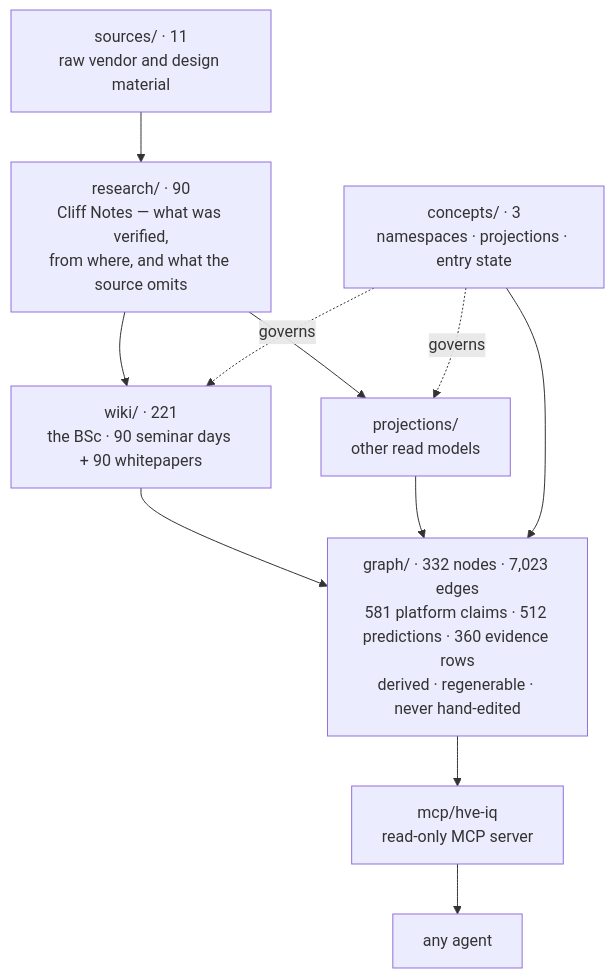
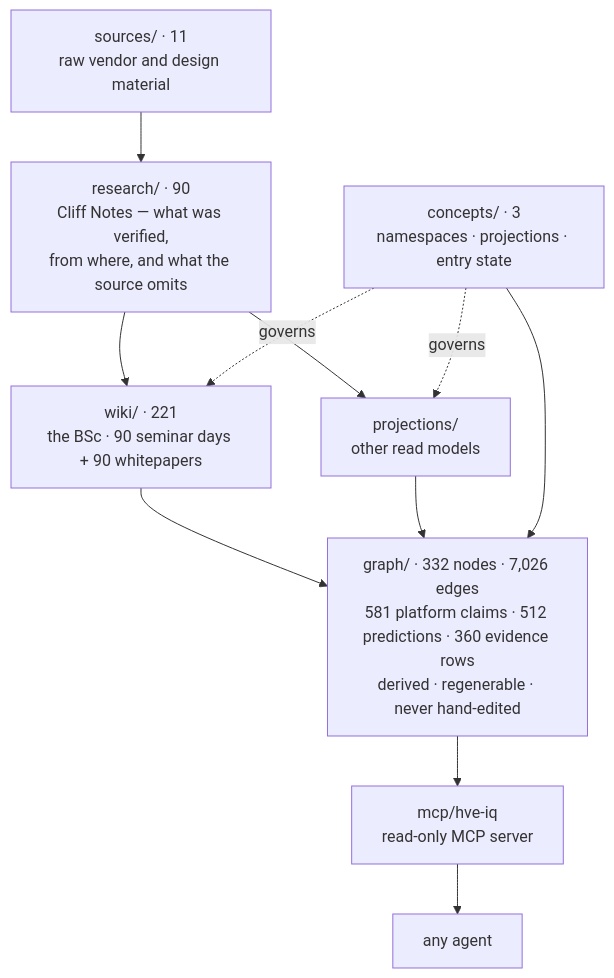
The diagram in README.md (venturemavenwill/high-velocity-engineering), drawn with Mermaid before and after one commit. The commit also changed other lines of this file and 13 other files, not shown here.

````diff
--- a/README.md
+++ b/README.md
@@ -13,14 +13,14 @@
 ```mermaid
 flowchart TD
   S["sources/ · 11<br/>raw vendor and design material"] --> R
   R["research/ · 90<br/>Cliff Notes — what was verified,<br/>from where, and what the source omits"] --> W
   R --> P
   W["wiki/ · 221<br/>the BSc · 90 seminar days + 90 whitepapers"]
   P["projections/<br/>other read models"]
   C["concepts/ · 3<br/>namespaces · projections · entry state"] -.governs.-> W
   C -.governs.-> P
   W --> G
   P --> G
   C --> G
-  G["graph/ · 332 nodes · 7,023 edges<br/>581 platform claims · 512 predictions · 360 evidence rows<br/>derived · regenerable · never hand-edited"] --> M["mcp/hve-iq<br/>read-only MCP server"] --> A["any agent"]
+  G["graph/ · 332 nodes · 7,026 edges<br/>581 platform claims · 512 predictions · 360 evidence rows<br/>derived · regenerable · never hand-edited"] --> M["mcp/hve-iq<br/>read-only MCP server"] --> A["any agent"]
 ```
````
